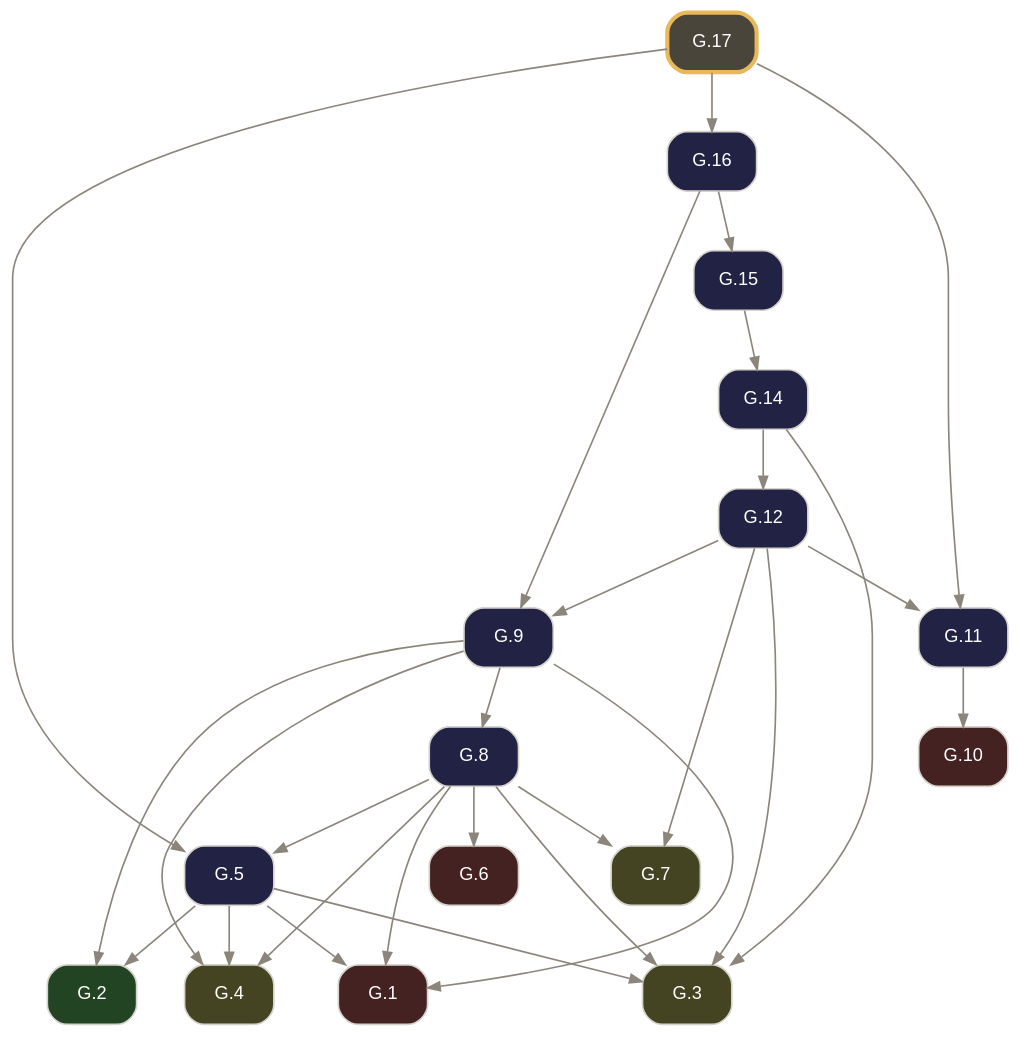
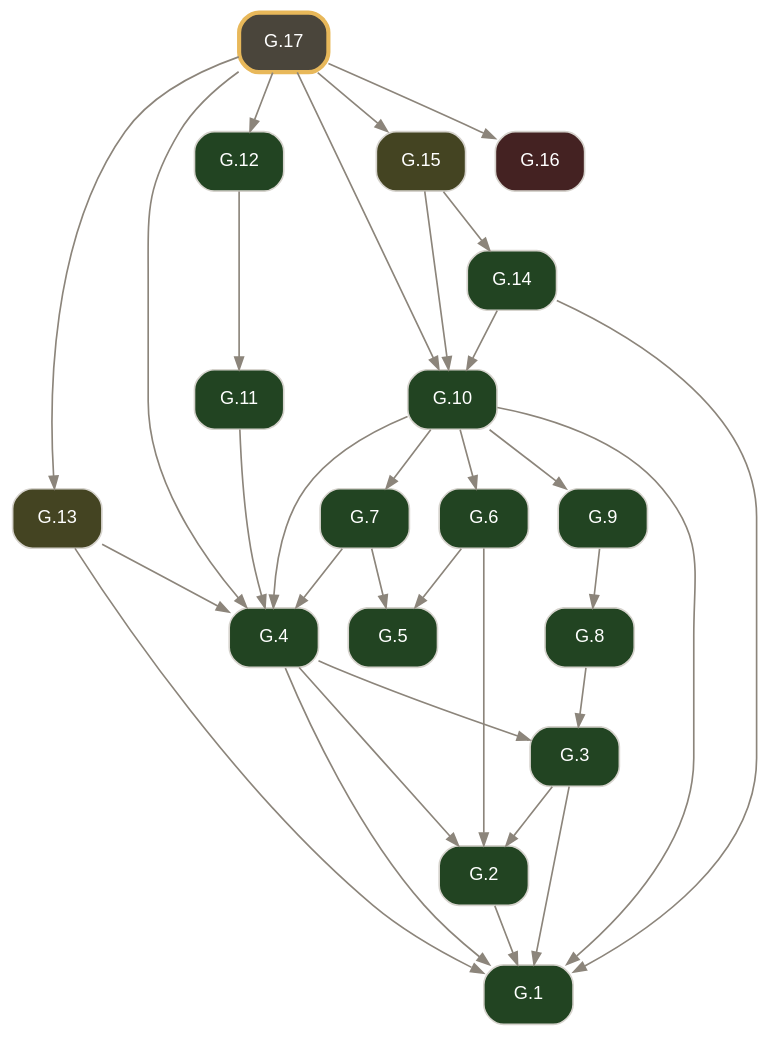
Before and after one commit to geometor/elements: the diagram in docsrc/elements2/G.17/index.rst, drawn with Graphviz. The commit also changed other lines of this file and 2974 other files, not shown here.

Commit message:
feat(elements2): wire defined terms, short verb titles, coincidence operator, and 2-point circle notation (v0.4.0)

```diff
--- a/docsrc/elements2/G.17/index.rst
+++ b/docsrc/elements2/G.17/index.rst
@@ -67,51 +88,56 @@
 .. graphviz::
 
    digraph {
      bgcolor="transparent";
      node [shape=box, style="rounded,filled", fontname="Helvetica", fontsize=11, color="#d6d3cd", fontcolor="#ffffff"];
      edge [color="#8c857b", fontcolor="#8c857b", arrowsize=0.75];
      rankdir="TB";
-     "G.1" [label="G.1", tooltip="G.1 (I.cn.1): Things equal to the same thing are equal to one another.", fillcolor="#442222", URL="../G.1/index.html", target="_top"];
-     "G.2" [label="G.2", tooltip="G.2 (I.def.15): A circle is a plane figure contained by one line such that all segments falling upon it from its center are equal.", fillcolor="#224422", URL="../G.2/index.html", target="_top"];
-     "G.3" [label="G.3", tooltip="G.3 (I.post.1): Construct a segment between any two points.", fillcolor="#444422", URL="../G.3/index.html", target="_top"];
-     "G.4" [label="G.4", tooltip="G.4 (I.post.3): Construct a circle with any center and radius.", fillcolor="#444422", URL="../G.4/index.html", target="_top"];
-     "G.5" [label="G.5", tooltip="G.5 (I.1): Construct an equilateral triangle on a given finite segment.", fillcolor="#222244", URL="../G.5/index.html", target="_top"];
-     "G.6" [label="G.6", tooltip="G.6 (I.cn.3): If equals are subtracted from equals, the remainders are equal.", fillcolor="#442222", URL="../G.6/index.html", target="_top"];
-     "G.7" [label="G.7", tooltip="G.7 (I.post.2): Extend a finite segment continuously in a straight line.", fillcolor="#444422", URL="../G.7/index.html", target="_top"];
-     "G.8" [label="G.8", tooltip="G.8 (I.2): Construct at a given point a segment equal to a given segment.", fillcolor="#222244", URL="../G.8/index.html", target="_top"];
-     "G.9" [label="G.9", tooltip="G.9 (I.3): Cut off from the greater of two unequal segments a segment equal to the less.", fillcolor="#222244", URL="../G.9/index.html", target="_top"];
-     "G.10" [label="G.10", tooltip="G.10 (I.cn.4): Things that coincide with one another are equal.", fillcolor="#442222", URL="../G.10/index.html", target="_top"];
-     "G.11" [label="G.11", tooltip="G.11 (I.4): Triangles with two sides and the included angle equal are congruent (SAS).", fillcolor="#222244", URL="../G.11/index.html", target="_top"];
-     "G.12" [label="G.12", tooltip="G.12 (I.5): In an isosceles triangle, the angles at the base are equal, and if the equal sides are extended, the angles under the base are equal.", fillcolor="#222244", URL="../G.12/index.html", target="_top"];
-     "G.14" [label="G.14", tooltip="G.14 (I.7): On the same segment and on the same side, there cannot be constructed two distinct triangles with both pairs of conterminous sides equal.", fillcolor="#222244", URL="../G.14/index.html", target="_top"];
-     "G.15" [label="G.15", tooltip="G.15 (I.8): Triangles with all three corresponding sides equal have their corresponding angles equal (SSS).", fillcolor="#222244", URL="../G.15/index.html", target="_top"];
-     "G.16" [label="G.16", tooltip="G.16 (I.9): Bisect a given angle.", fillcolor="#222244", URL="../G.16/index.html", target="_top"];
-     "G.17" [label="G.17", tooltip="G.17 (I.10): Bisect a given finite segment.", penwidth=2.5, color="#e8b85a", fillcolor="#4a453b", URL="index.html", target="_top"];
-     "G.5" -> "G.1";
-     "G.8" -> "G.1";
-     "G.9" -> "G.1";
-     "G.5" -> "G.2";
-     "G.9" -> "G.2";
-     "G.5" -> "G.3";
+     "G.1" [label="G.1", tooltip="G.1 (I.def.1): A point A is that which has no part.", fillcolor="#224422", URL="../G.1/index.html", target="_top"];
+     "G.2" [label="G.2", tooltip="G.2 (I.def.2): A line [ A B ] is a projection of a relationship of two points A, B.", fillcolor="#224422", URL="../G.2/index.html", target="_top"];
+     "G.3" [label="G.3", tooltip="G.3 (I.def.3): The extremities of a segment / A B / are points A, B.", fillcolor="#224422", URL="../G.3/index.html", target="_top"];
+     "G.4" [label="G.4", tooltip="G.4 (I.def.4): A segment / A B / is a portion of a line [ A B ] between two points A, B on the line.", fillcolor="#224422", URL="../G.4/index.html", target="_top"];
+     "G.5" [label="G.5", tooltip="G.5 (I.def.5): A surface is that which has length and breadth only.", fillcolor="#224422", URL="../G.5/index.html", target="_top"];
+     "G.6" [label="G.6", tooltip="G.6 (I.def.6): The extremities of a surface are lines or arcs.", fillcolor="#224422", URL="../G.6/index.html", target="_top"];
+     "G.7" [label="G.7", tooltip="G.7 (I.def.7): A plane surface lies evenly with the lines on itself.", fillcolor="#224422", URL="../G.7/index.html", target="_top"];
+     "G.8" [label="G.8", tooltip="G.8 (I.def.13): A boundary is the extremity of anything.", fillcolor="#224422", URL="../G.8/index.html", target="_top"];
+     "G.9" [label="G.9", tooltip="G.9 (I.def.14): A figure is that which is contained by any boundary or boundaries.", fillcolor="#224422", URL="../G.9/index.html", target="_top"];
+     "G.10" [label="G.10", tooltip="G.10 (I.def.15): A circle ( A B ) is a plane figure contained by one arc defined by a center A and a point B establishing its defining radius / A B /, such that all segments / A B /, / A C /, / A D...", fillcolor="#224422", URL="../G.10/index.html", target="_top"];
+     "G.11" [label="G.11", tooltip="G.11 (I.def.19): Rectilineal figures are contained by segments: trilateral by three, quadrilateral by four, and multilateral by more than four.", fillcolor="#224422", URL="../G.11/index.html", target="_top"];
+     "G.12" [label="G.12", tooltip="G.12 (I.def.20): Of trilateral figures, an equilateral triangle < A B C > has three equal sides, an isosceles triangle < D E F > has two equal sides, and a scalene triangle < G H K > has three uneq...", fillcolor="#224422", URL="../G.12/index.html", target="_top"];
+     "G.13" [label="G.13", tooltip="G.13 (I.post.1): Construct a segment / A B / between any two points A, B.", fillcolor="#444422", URL="../G.13/index.html", target="_top"];
+     "G.14" [label="G.14", tooltip="G.14 (I.def.16): The point A within the circle ( A B ) from which all segments / A B /, / A C / to the arc are equal is called the center of the circle.", fillcolor="#224422", URL="../G.14/index.html", target="_top"];
+     "G.15" [label="G.15", tooltip="G.15 (I.post.3): Construct a circle ( A B ) with center A and defining radius point B.", fillcolor="#444422", URL="../G.15/index.html", target="_top"];
+     "G.16" [label="G.16", tooltip="G.16 (I.cn.1): Things equal to the same thing are equal to one another.", fillcolor="#442222", URL="../G.16/index.html", target="_top"];
+     "G.17" [label="G.17", tooltip="G.17 (I.1): Construct an equilateral triangle on a given segment.", penwidth=2.5, color="#e8b85a", fillcolor="#4a453b", URL="index.html", target="_top"];
+     "G.2" -> "G.1";
+     "G.3" -> "G.1";
+     "G.4" -> "G.1";
+     "G.10" -> "G.1";
+     "G.13" -> "G.1";
+     "G.14" -> "G.1";
+     "G.3" -> "G.2";
+     "G.4" -> "G.2";
+     "G.6" -> "G.2";
+     "G.4" -> "G.3";
      "G.8" -> "G.3";
-     "G.12" -> "G.3";
-     "G.14" -> "G.3";
-     "G.5" -> "G.4";
-     "G.8" -> "G.4";
-     "G.9" -> "G.4";
-     "G.8" -> "G.5";
-     "G.17" -> "G.5";
-     "G.8" -> "G.6";
-     "G.8" -> "G.7";
-     "G.12" -> "G.7";
+     "G.7" -> "G.4";
+     "G.10" -> "G.4";
+     "G.11" -> "G.4";
+     "G.13" -> "G.4";
+     "G.17" -> "G.4";
+     "G.6" -> "G.5";
+     "G.7" -> "G.5";
+     "G.10" -> "G.6";
+     "G.10" -> "G.7";
      "G.9" -> "G.8";
-     "G.12" -> "G.9";
-     "G.16" -> "G.9";
-     "G.11" -> "G.10";
+     "G.10" -> "G.9";
+     "G.14" -> "G.10";
+     "G.15" -> "G.10";
+     "G.17" -> "G.10";
      "G.12" -> "G.11";
-     "G.17" -> "G.11";
-     "G.14" -> "G.12";
+     "G.17" -> "G.12";
+     "G.17" -> "G.13";
      "G.15" -> "G.14";
-     "G.16" -> "G.15";
+     "G.17" -> "G.15";
      "G.17" -> "G.16";
    }
```
